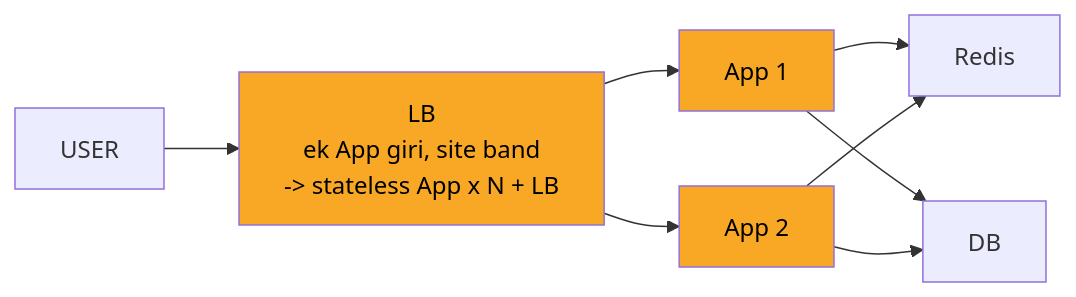
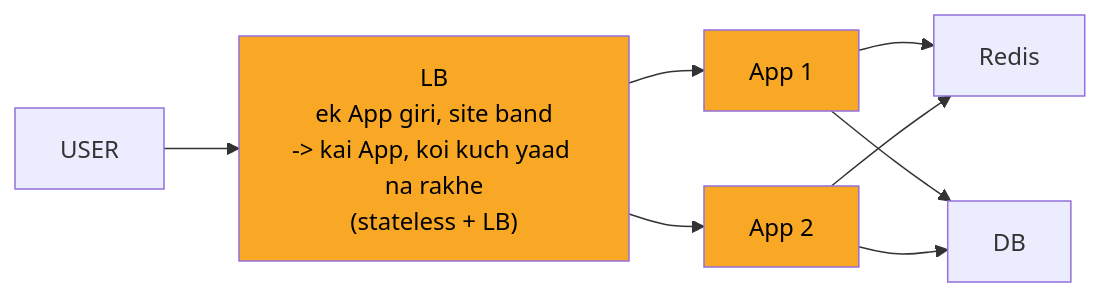
The third of 10 diagrams in 04_HLD/SYSTEM_DESIGNS/01_url_shortener/01_url_shortener.md (ArpanMaheshwari144/Prep), drawn with Mermaid before and after one commit. The commit also changed other lines of this file and 13 other files, not shown here.

````diff
--- a/04_HLD/SYSTEM_DESIGNS/01_url_shortener/01_url_shortener.md
+++ b/04_HLD/SYSTEM_DESIGNS/01_url_shortener/01_url_shortener.md
@@ -148,19 +148,19 @@
 ```mermaid
 flowchart LR
     n_USER["USER"]
-    n_LB["LB<br/>ek App giri, site band<br/>-> stateless App x N + LB"]
+    n_LB["LB<br/>ek App giri, site band<br/>-> kai App, koi kuch yaad na rakhe<br/>(stateless + LB)"]
     n_App_x_N_1["App 1"]
     n_App_x_N_2["App 2"]
     n_Redis["Redis"]
     n_DB["DB"]
     n_USER --> n_LB
     n_LB --> n_App_x_N_1
     n_LB --> n_App_x_N_2
     n_App_x_N_1 --> n_Redis
     n_App_x_N_2 --> n_Redis
     n_App_x_N_1 --> n_DB
     n_App_x_N_2 --> n_DB
     style n_LB fill:#f9a825,color:#000
     style n_App_x_N_1 fill:#f9a825,color:#000
     style n_App_x_N_2 fill:#f9a825,color:#000
 ```
````
